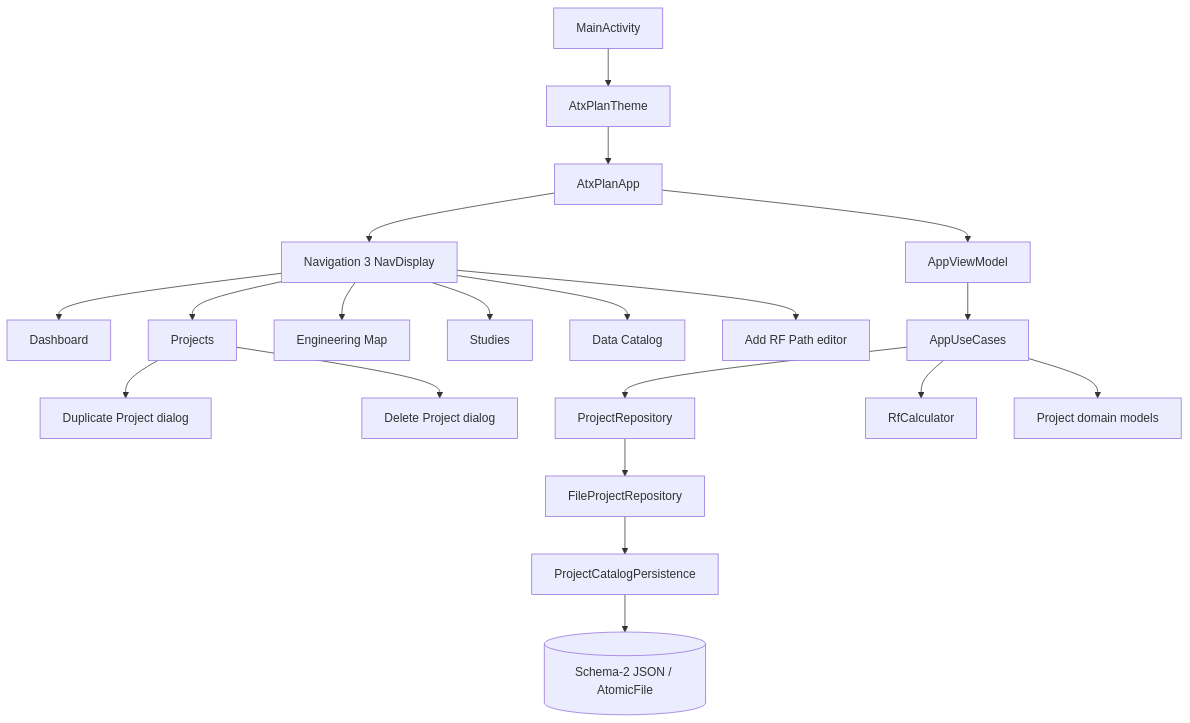
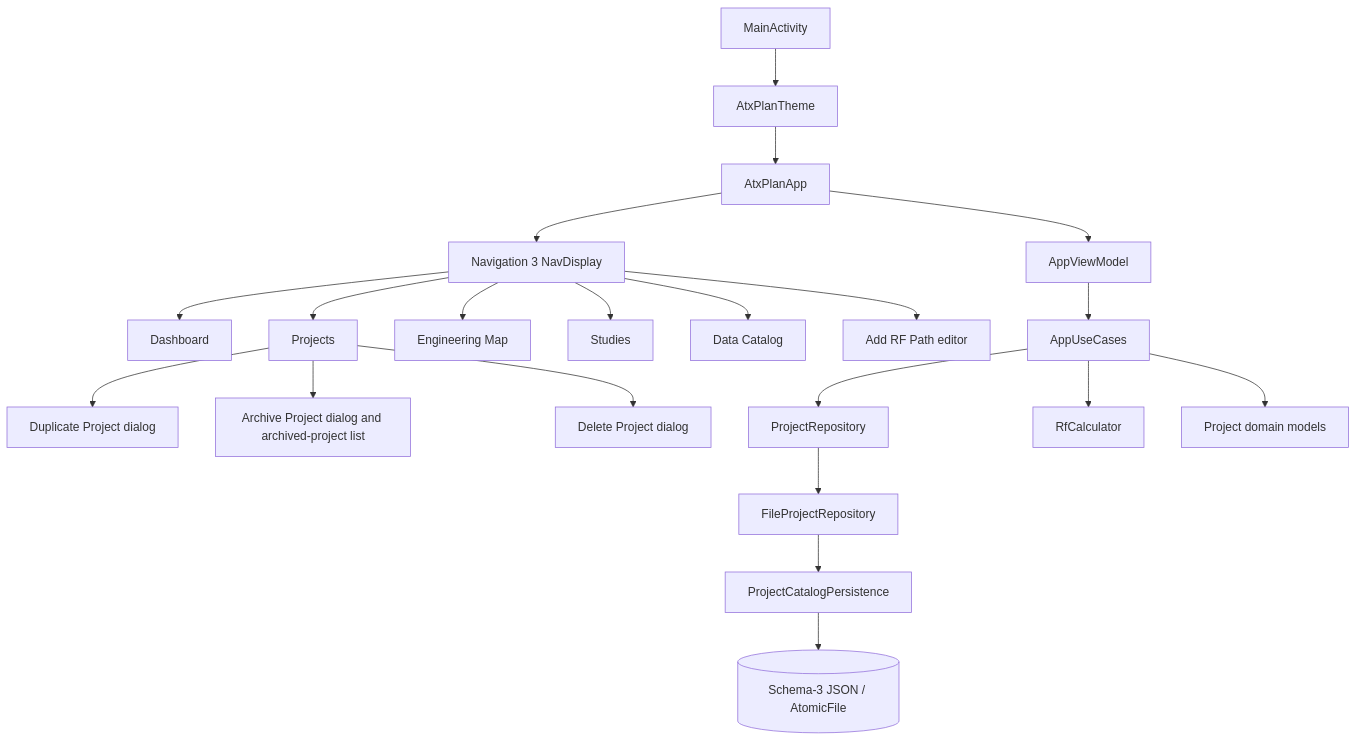
The first of 4 diagrams in docs/ARCHITECTURE.md (Gecesars/ATX_PLA_APK), drawn with Mermaid before and after one commit. The commit also changed other lines of this file and 25 other files, not shown here.

Commit message:
feat: add transactional project archive and restore

````diff
--- a/docs/ARCHITECTURE.md
+++ b/docs/ARCHITECTURE.md
@@ -25,22 +25,23 @@
 ```mermaid
 flowchart TD
     ACT[MainActivity] --> THEME[AtxPlanTheme]
     THEME --> APP[AtxPlanApp]
     APP --> VM[AppViewModel]
     APP --> NAV[Navigation 3 NavDisplay]
     NAV --> DASH[Dashboard]
     NAV --> PROJECTS[Projects]
     NAV --> MAP[Engineering Map]
     NAV --> STUDIES[Studies]
     NAV --> CATALOG[Data Catalog]
     NAV --> EDITOR[Add RF Path editor]
     PROJECTS --> DUPLICATE[Duplicate Project dialog]
+    PROJECTS --> ARCHIVE[Archive Project dialog and archived-project list]
     PROJECTS --> DELETE[Delete Project dialog]
     VM --> USE[AppUseCases]
     USE --> PORT[ProjectRepository]
     USE --> RF[RfCalculator]
     USE --> DOMAIN[Project domain models]
     PORT --> FILE[FileProjectRepository]
     FILE --> PERSIST[ProjectCatalogPersistence]
-    PERSIST --> JSON[(Schema-2 JSON / AtomicFile)]
+    PERSIST --> JSON[(Schema-3 JSON / AtomicFile)]
 ```
````
